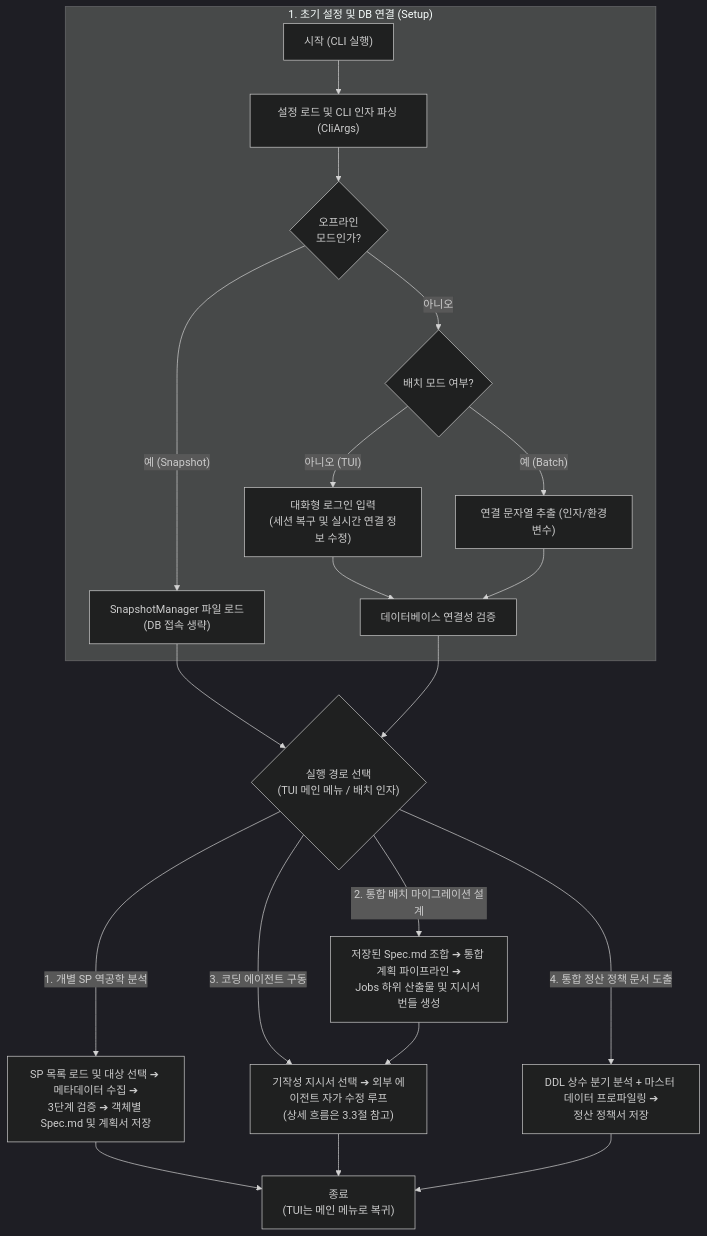
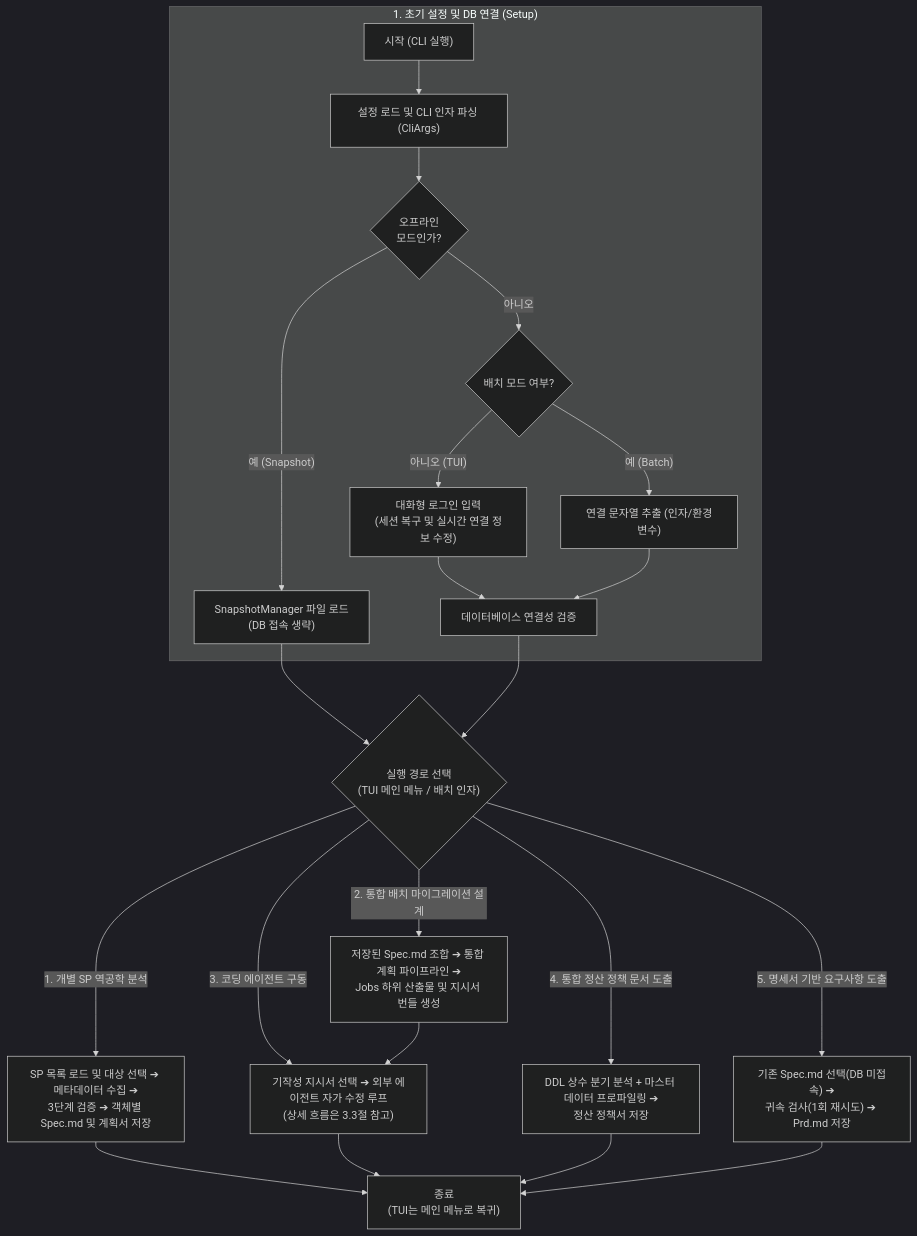
The second of 9 diagrams in docs/architecture.md (moondae815/ReSet), drawn with Mermaid (dark theme) before and after one commit. The commit also changed other lines of this file and 3 other files, not shown here.

````diff
--- a/docs/architecture.md
+++ b/docs/architecture.md
@@ -198,32 +201,33 @@
 ```mermaid
 graph TD
     %% 1단계: 초기화 및 연결
     subgraph Setup ["1. 초기 설정 및 DB 연결 (Setup)"]
         Start["시작 (CLI 실행)"] --> Parse["설정 로드 및 CLI 인자 파싱 (CliArgs)"]
 
         Parse --> OfflineCheck{"오프라인<br/>모드인가?"}
 
         %% 오프라인 모드
         OfflineCheck -- "예 (Snapshot)" --> Snapshot["SnapshotManager 파일 로드<br/>(DB 접속 생략)"]
 
         %% 온라인 모드
         OfflineCheck -- "아니오" --> ModeCheck{"배치 모드 여부?"}
 
         ModeCheck -- "아니오 (TUI)" --> TUI["대화형 로그인 입력<br/>(세션 복구 및 실시간 연결 정보 수정)"]
         ModeCheck -- "예 (Batch)" --> BatchConn["연결 문자열 추출 (인자/환경변수)"]
 
         TUI & BatchConn --> ConnTest["데이터베이스 연결성 검증"]
     end
 
     %% 2단계: 실행 경로 분기
     Snapshot & ConnTest --> Entry{"실행 경로 선택<br/>(TUI 메인 메뉴 / 배치 인자)"}
 
     Entry -- "1. 개별 SP 역공학 분석" --> PathAnalysis["SP 목록 로드 및 대상 선택 ➔ 메타데이터 수집 ➔<br/>3단계 검증 ➔ 객체별 Spec.md 및 계획서 저장"]
     Entry -- "2. 통합 배치 마이그레이션 설계" --> PathBatch["저장된 Spec.md 조합 ➔ 통합 계획 파이프라인 ➔<br/>Jobs 하위 산출물 및 지시서 번들 생성"]
     Entry -- "3. 코딩 에이전트 구동" --> PathCodegen["기작성 지시서 선택 ➔ 외부 에이전트 자가 수정 루프<br/>(상세 흐름은 3.3절 참고)"]
     Entry -- "4. 통합 정산 정책 문서 도출" --> PathPolicy["DDL 상수 분기 분석 + 마스터 데이터 프로파일링 ➔<br/>정산 정책서 저장"]
+    Entry -- "5. 명세서 기반 요구사항 도출" --> PathPrd["기존 Spec.md 선택(DB 미접속) ➔<br/>귀속 검사(1회 재시도) ➔ Prd.md 저장"]
 
     %% 통합 설계가 만든 지시서를 코딩 에이전트 경로가 소비한다
     PathBatch --> PathCodegen
-    PathAnalysis & PathCodegen & PathPolicy --> End["종료<br/>(TUI는 메인 메뉴로 복귀)"]
+    PathAnalysis & PathCodegen & PathPolicy & PathPrd --> End["종료<br/>(TUI는 메인 메뉴로 복귀)"]
 ```
````
